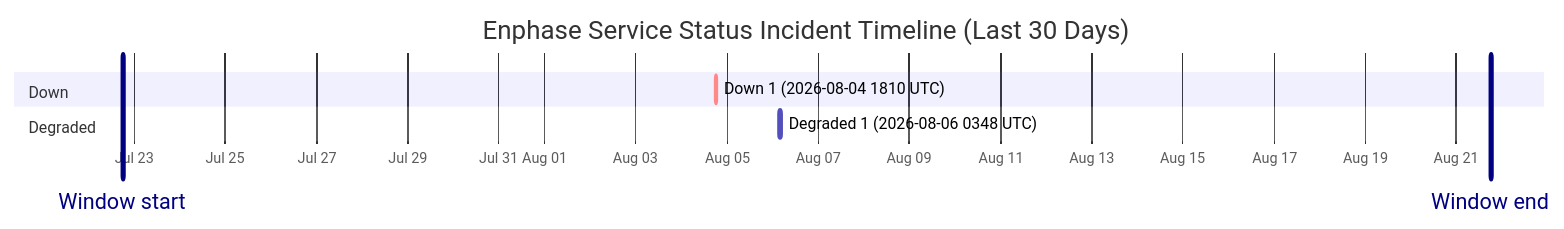
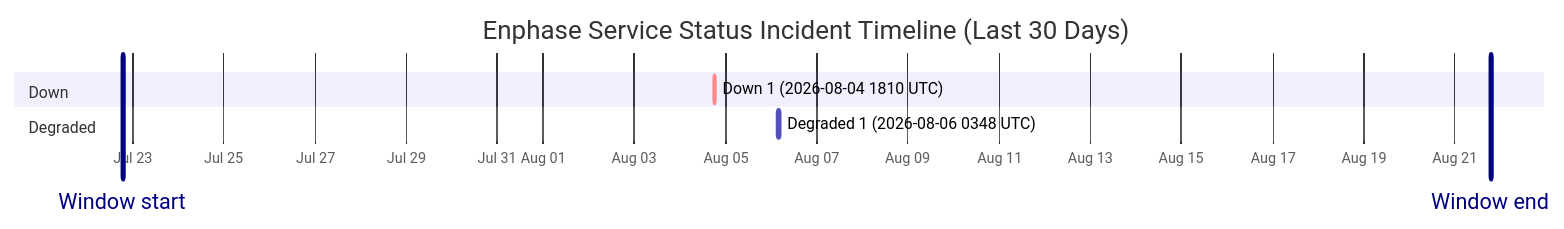
One commit to barneyonline/ha-enphase-energy changed the diagram in wiki/Service-Status-History.md. Above: the diagram before and after it, drawn with Mermaid. The commit also changed other lines of this file and 3 other files, not shown here.

````diff
--- a/wiki/Service-Status-History.md
+++ b/wiki/Service-Status-History.md
@@ -14,12 +14,12 @@
 ```mermaid
 gantt
     title Enphase Service Status Incident Timeline (Last 30 Days)
     dateFormat  YYYY-MM-DDTHH:mm:ss
     axisFormat  %b %d
-    Window start :vert, window-start, 2026-07-22T17:56:32, 0ms
-    Window end :vert, window-end, 2026-08-21T17:56:32, 0ms
+    Window start :vert, window-start, 2026-07-22T18:38:25, 0ms
+    Window end :vert, window-end, 2026-08-21T18:38:25, 0ms
     section Down
     Down 1 (2026-08-04 1810 UTC) :crit, down-1, 2026-08-04T18:10:46, 60m
     section Degraded
     Degraded 1 (2026-08-06 0348 UTC) :active, degraded-1, 2026-08-06T03:48:14, 60m
 ```
````
